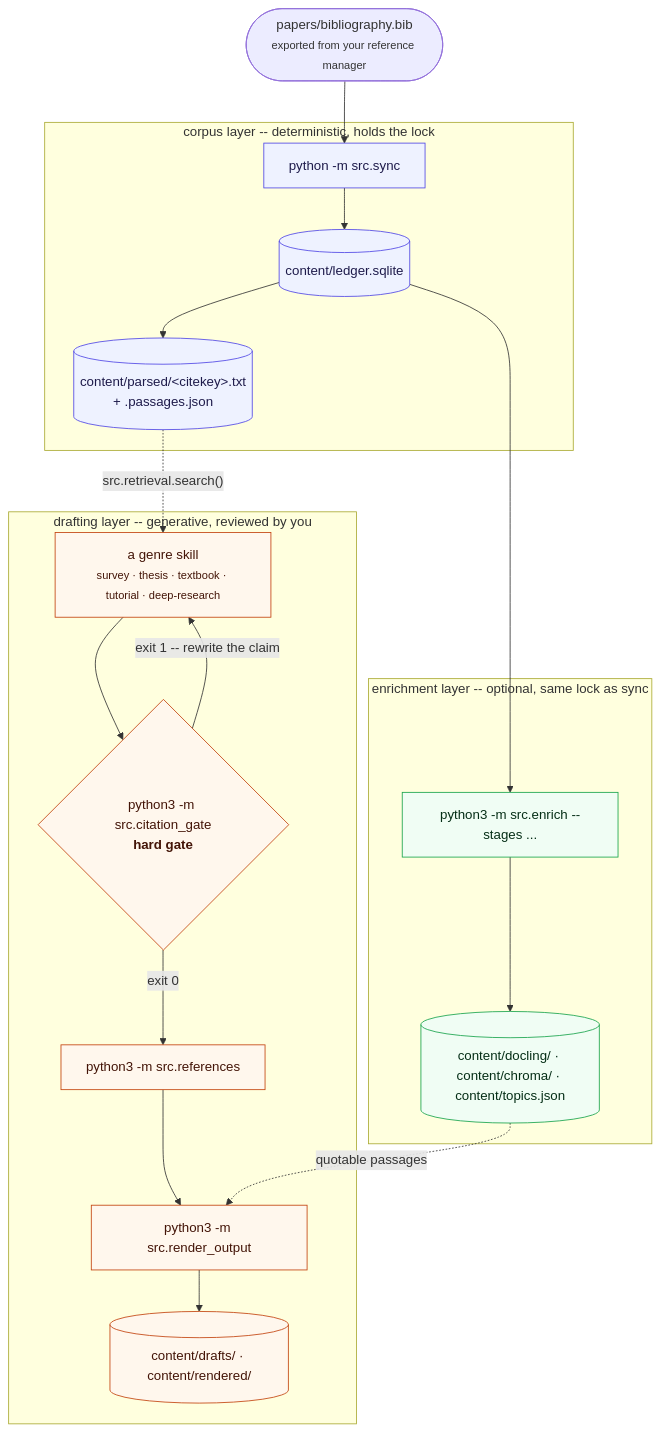
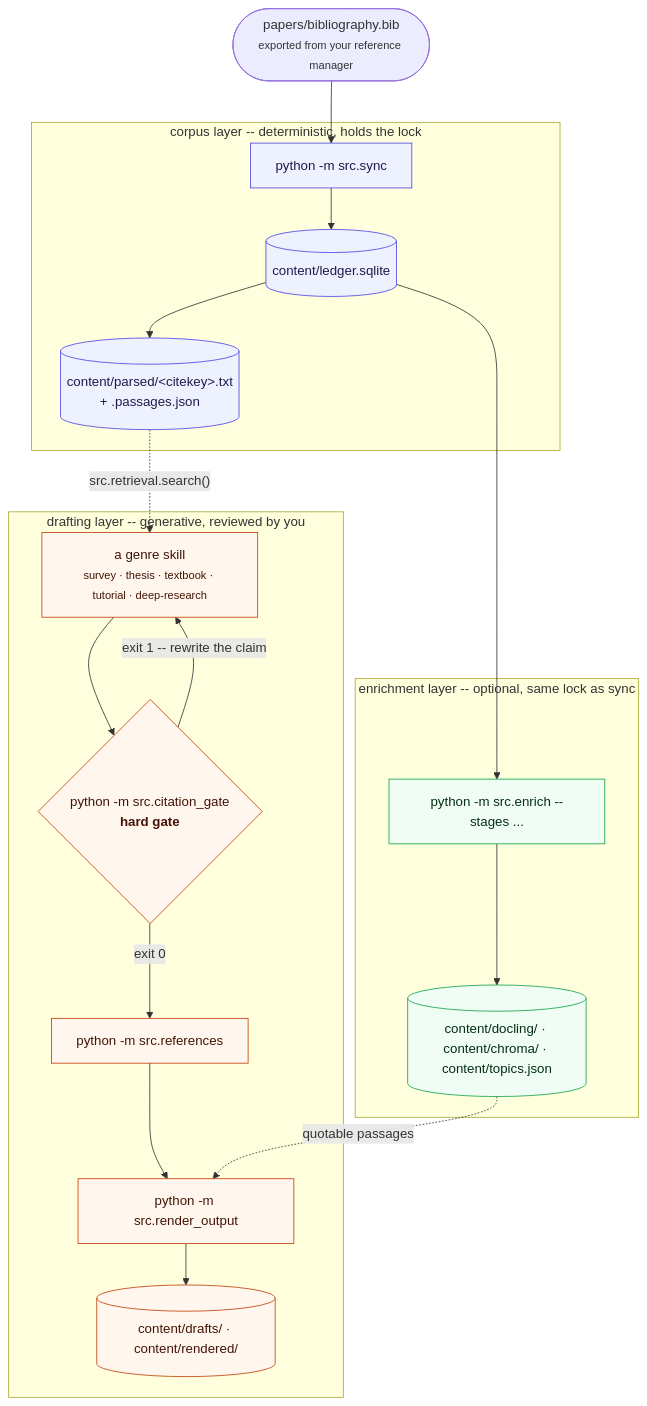
Before and after one commit to prasadtalasila/chitragupta: the second of 3 diagrams in docs/LADDERS.md, drawn with Mermaid. The commit also changed other lines of this file and 62 other files, not shown here.

````diff
--- a/docs/LADDERS.md
+++ b/docs/LADDERS.md
@@ -150,40 +150,40 @@
 ```mermaid
 flowchart TB
 
   BIB(["papers/bibliography.bib<br/><small>exported from your reference manager</small>"])
 
   subgraph CORPUS["corpus layer -- deterministic, holds the lock"]
     SYNC["python -m src.sync"]
     LEDGER[("content/ledger.sqlite")]
     PARSED[("content/parsed/&lt;citekey&gt;.txt<br/>+ .passages.json")]
   end
 
   subgraph DRAFTING["drafting layer -- generative, reviewed by you"]
     SKILL["a genre skill<br/><small>survey · thesis · textbook · tutorial · deep-research</small>"]
-    GATE{"python3 -m src.citation_gate<br/><b>hard gate</b>"}
-    REFS["python3 -m src.references"]
-    RENDER["python3 -m src.render_output"]
+    GATE{"python -m src.citation_gate<br/><b>hard gate</b>"}
+    REFS["python -m src.references"]
+    RENDER["python -m src.render_output"]
     DRAFT[("content/drafts/ · content/rendered/")]
   end
 
   subgraph ENRICH["enrichment layer -- optional, same lock as sync"]
-    ENR["python3 -m src.enrich --stages ..."]
+    ENR["python -m src.enrich --stages ..."]
     ART[("content/docling/ · content/chroma/ · content/topics.json")]
   end
 
   BIB --> SYNC --> LEDGER --> PARSED
   PARSED -.->|"src.retrieval.search()"| SKILL
   SKILL --> GATE
   GATE -->|"exit 1 -- rewrite the claim"| SKILL
   GATE -->|"exit 0"| REFS --> RENDER --> DRAFT
   LEDGER --> ENR
   ENR --> ART
   ART -.->|"quotable passages"| RENDER
 
   classDef corpus fill:#eef2ff,stroke:#4f46e5,color:#1e1b4b
   classDef draft fill:#fff7ed,stroke:#c2410c,color:#431407
   classDef enrich fill:#f0fdf4,stroke:#16a34a,color:#052e16
   class SYNC,LEDGER,PARSED corpus
   class SKILL,GATE,REFS,RENDER,DRAFT draft
   class ENR,ART enrich
 ```
````
